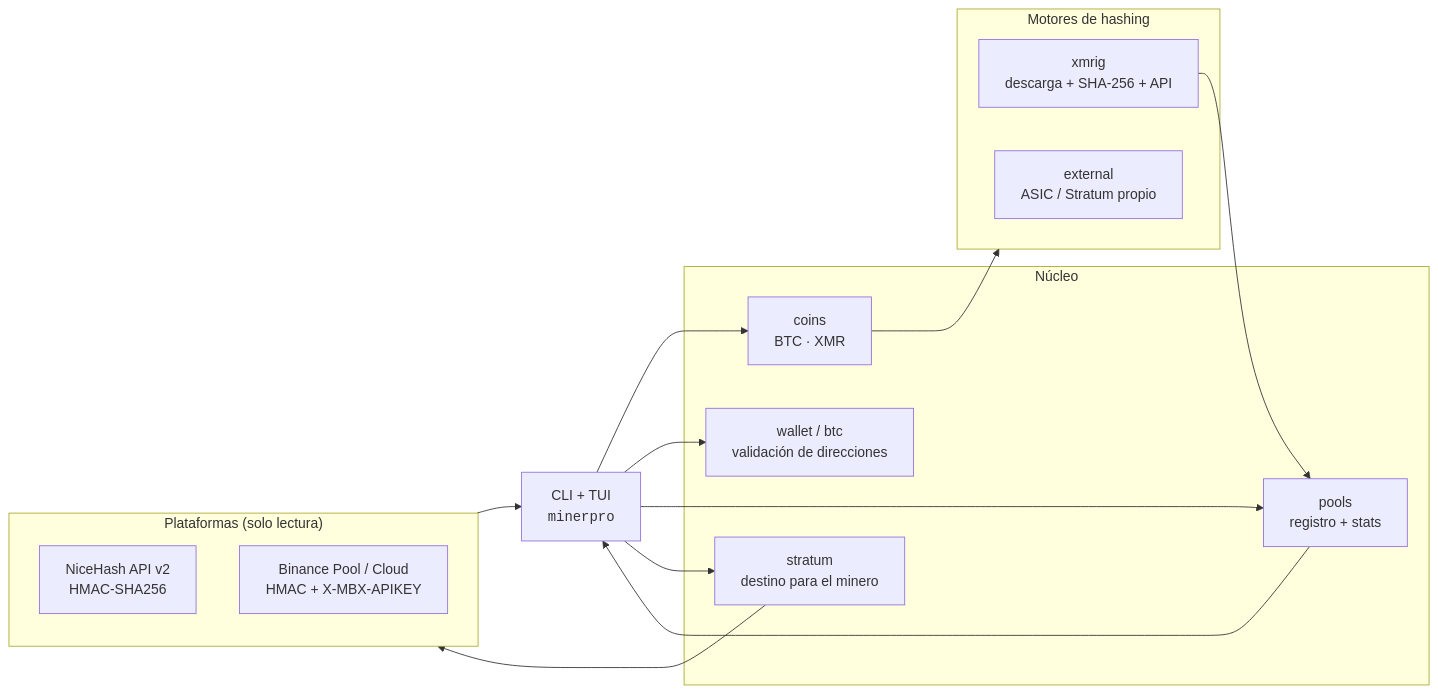
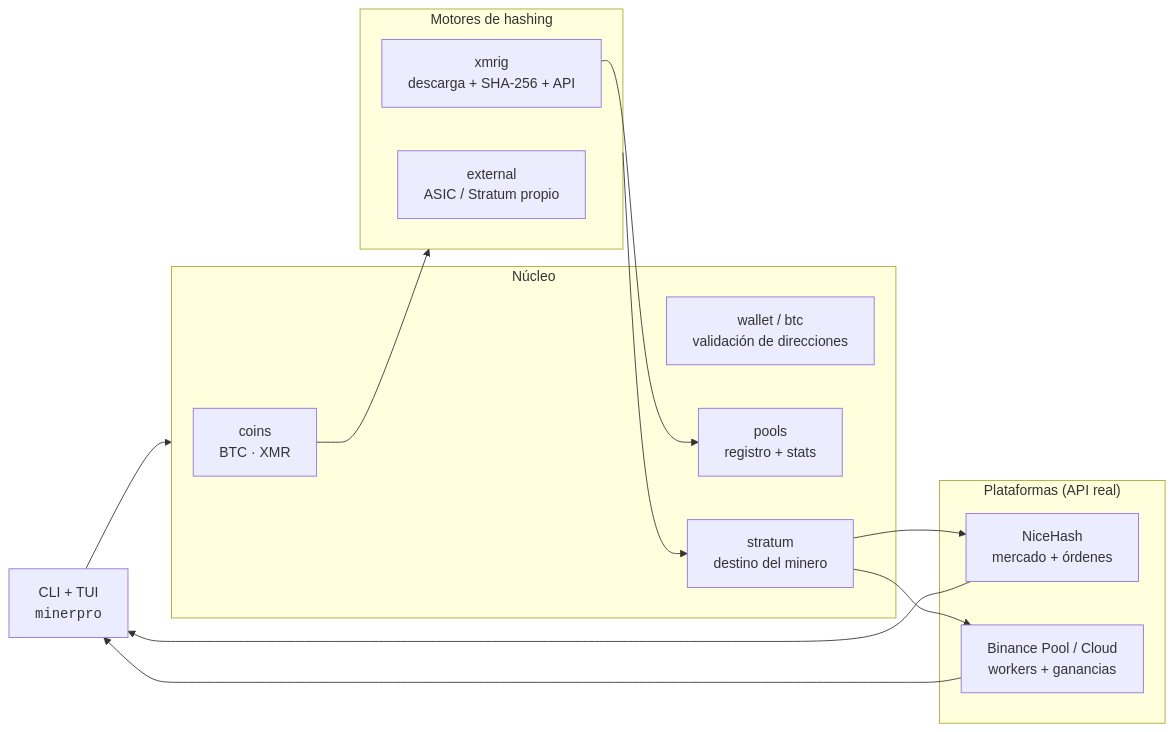
The first of 2 diagrams in README.md (mildredhoe/iminerpro), drawn with Mermaid before and after one commit. The commit also changed other lines of this file and 14 other files, not shown here.

````diff
--- a/README.md
+++ b/README.md
@@ -98,28 +93,28 @@
 ```mermaid
 flowchart LR
     CLI["CLI + TUI<br/><code>minerpro</code>"]
 
     subgraph CORE["Núcleo"]
         COINS["coins<br/>BTC · XMR"]
         WALLET["wallet / btc<br/>validación de direcciones"]
         POOLS["pools<br/>registro + stats"]
-        STRATUM["stratum<br/>destino para el minero"]
+        STRATUM["stratum<br/>destino del minero"]
     end
 
     subgraph ENG["Motores de hashing"]
         XMRIG["xmrig<br/>descarga + SHA-256 + API"]
         EXT["external<br/>ASIC / Stratum propio"]
     end
 
-    subgraph CLOUD["Plataformas (solo lectura)"]
-        NH["NiceHash API v2<br/>HMAC-SHA256"]
-        BN["Binance Pool / Cloud<br/>HMAC + X-MBX-APIKEY"]
+    subgraph CLOUD["Plataformas (API real)"]
+        NH["NiceHash<br/>mercado + órdenes"]
+        BN["Binance Pool / Cloud<br/>workers + ganancias"]
     end
 
-    CLI --> COINS & WALLET & POOLS & STRATUM
+    CLI --> CORE
     COINS --> ENG
     XMRIG --> POOLS
-    STRATUM --> CLOUD
-    CLOUD --> CLI
-    POOLS --> CLI
+    ENG --> STRATUM
+    STRATUM --> NH & BN
+    NH & BN --> CLI
 ```
````
